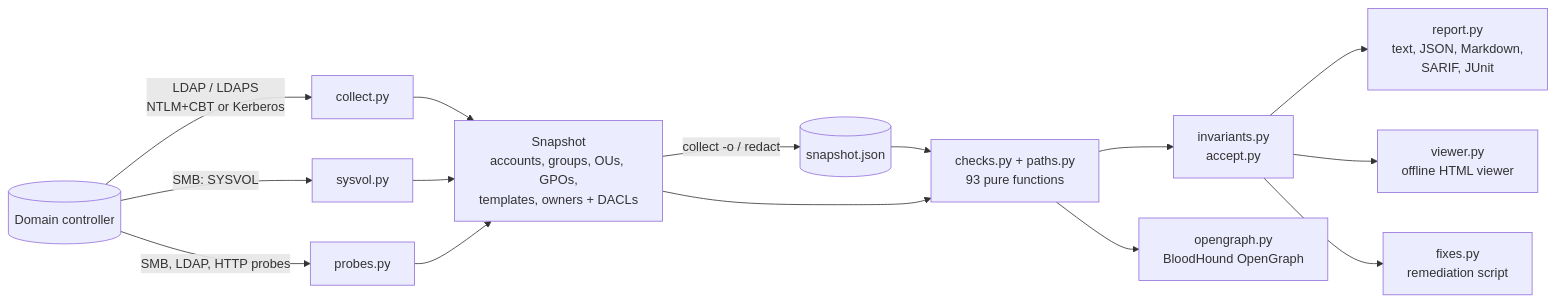
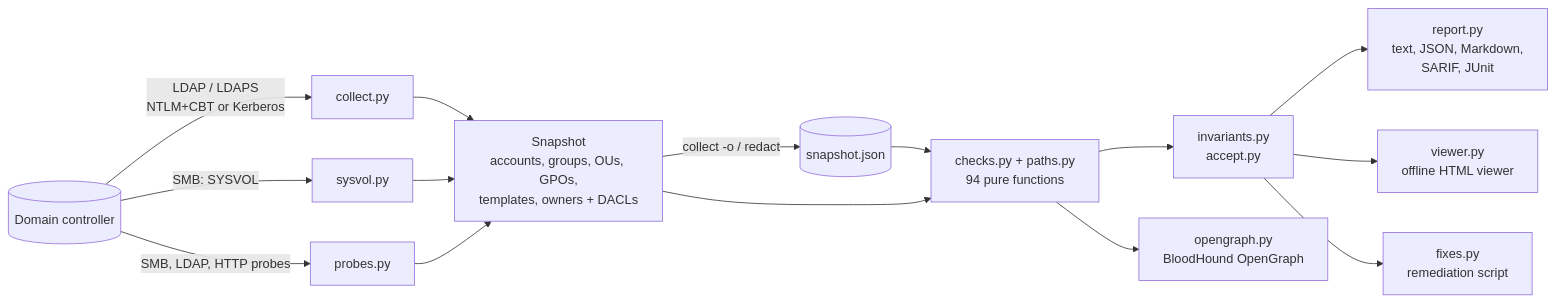
Before and after one commit to brkozer/ad-doctor: the diagram in README.md, drawn with Mermaid. The commit also changed other lines of this file and 15 other files, not shown here.

````diff
--- a/README.md
+++ b/README.md
@@ -385,17 +390,17 @@
 ```mermaid
 flowchart LR
     DC[(Domain controller)] -- "LDAP / LDAPS<br/>NTLM+CBT or Kerberos" --> C[collect.py]
     DC -- "SMB: SYSVOL" --> V[sysvol.py]
     DC -- "SMB, LDAP, HTTP probes" --> P[probes.py]
     C --> S[Snapshot<br/>accounts, groups, OUs, GPOs,<br/>templates, owners + DACLs]
     V --> S
     P --> S
     S -- "collect -o / redact" --> F[(snapshot.json)]
     F --> A
-    S --> A[checks.py + paths.py<br/>93 pure functions]
+    S --> A[checks.py + paths.py<br/>94 pure functions]
     A --> I[invariants.py<br/>accept.py]
     I --> R[report.py<br/>text, JSON, Markdown,<br/>SARIF, JUnit]
     I --> W[viewer.py<br/>offline HTML viewer]
     I --> X[fixes.py<br/>remediation script]
     A --> O[opengraph.py<br/>BloodHound OpenGraph]
 ```
````
